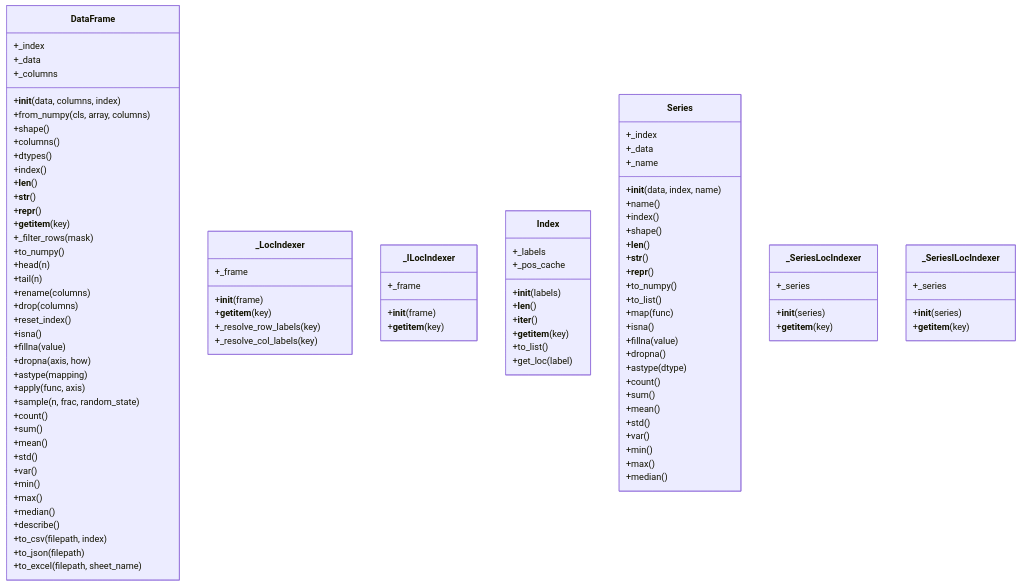
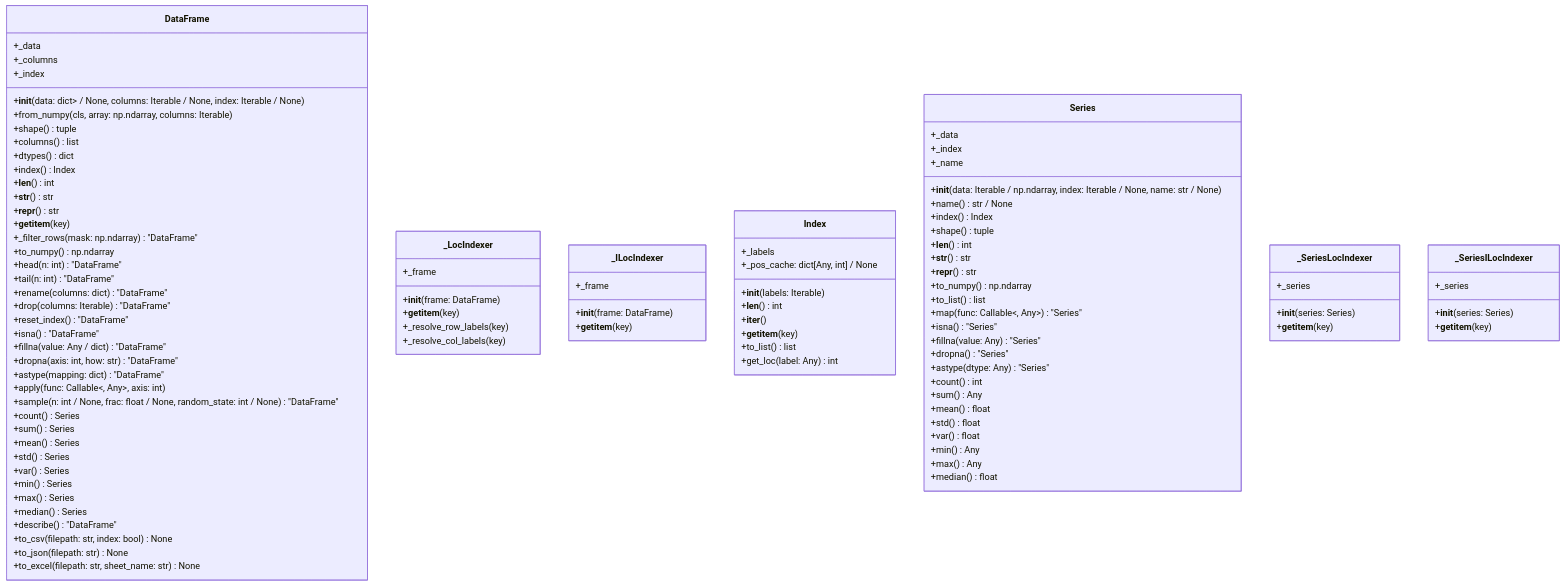
The diagram in packages/glassbox-numpandas/docs/UML_Class_Diagram.md (SmollCoco/GlassBox), drawn with Mermaid before and after one commit. The commit also changed 24 other files, not shown here.

Commit message:
Refining the project's structure and refining README files and UML class diagrams

````diff
--- a/packages/glassbox-numpandas/docs/UML_Class_Diagram.md
+++ b/packages/glassbox-numpandas/docs/UML_Class_Diagram.md
@@ -3,102 +3,102 @@
 ```mermaid
 classDiagram
     class DataFrame {
-        +_index
         +_data
         +_columns
-        +__init__(data, columns, index)
-        +from_numpy(cls, array, columns)
-        +shape()
-        +columns()
-        +dtypes()
-        +index()
-        +__len__()
-        +__str__()
-        +__repr__()
+        +_index
+        +__init__(data: dict<str, Iterable<Any>> / None, columns: Iterable<str> / None, index: Iterable<Any> / None)
+        +from_numpy(cls, array: np.ndarray, columns: Iterable<str>)
+        +shape()  tuple<int, int>
+        +columns()  list<str>
+        +dtypes()  dict<str, np.dtype>
+        +index()  Index
+        +__len__()  int
+        +__str__()  str
+        +__repr__()  str
         +__getitem__(key)
-        +_filter_rows(mask)
-        +to_numpy()
-        +head(n)
-        +tail(n)
-        +rename(columns)
-        +drop(columns)
-        +reset_index()
-        +isna()
-        +fillna(value)
-        +dropna(axis, how)
-        +astype(mapping)
-        +apply(func, axis)
-        +sample(n, frac, random_state)
-        +count()
-        +sum()
-        +mean()
-        +std()
-        +var()
-        +min()
-        +max()
-        +median()
-        +describe()
-        +to_csv(filepath, index)
-        +to_json(filepath)
-        +to_excel(filepath, sheet_name)
+        +_filter_rows(mask: np.ndarray)  "DataFrame"
+        +to_numpy()  np.ndarray
+        +head(n: int)  "DataFrame"
+        +tail(n: int)  "DataFrame"
+        +rename(columns: dict<str, str>)  "DataFrame"
+        +drop(columns: Iterable<str>)  "DataFrame"
+        +reset_index()  "DataFrame"
+        +isna()  "DataFrame"
+        +fillna(value: Any / dict<str, Any>)  "DataFrame"
+        +dropna(axis: int, how: str)  "DataFrame"
+        +astype(mapping: dict<str, Any>)  "DataFrame"
+        +apply(func: Callable<<Any>, Any>, axis: int)
+        +sample(n: int / None, frac: float / None, random_state: int / None)  "DataFrame"
+        +count()  Series
+        +sum()  Series
+        +mean()  Series
+        +std()  Series
+        +var()  Series
+        +min()  Series
+        +max()  Series
+        +median()  Series
+        +describe()  "DataFrame"
+        +to_csv(filepath: str, index: bool)  None
+        +to_json(filepath: str)  None
+        +to_excel(filepath: str, sheet_name: str)  None
     }
     class _LocIndexer {
         +_frame
-        +__init__(frame)
+        +__init__(frame: DataFrame)
         +__getitem__(key)
         +_resolve_row_labels(key)
         +_resolve_col_labels(key)
     }
     class _ILocIndexer {
         +_frame
-        +__init__(frame)
+        +__init__(frame: DataFrame)
         +__getitem__(key)
     }
     class Index {
         +_labels
-        +_pos_cache
-        +__init__(labels)
-        +__len__()
+        +_pos_cache: dict[Any, int] / None
+        +__init__(labels: Iterable<Any>)
+        +__len__()  int
         +__iter__()
         +__getitem__(key)
-        +to_list()
-        +get_loc(label)
+        +to_list()  list<Any>
+        +get_loc(label: Any)  int
     }
     class Series {
+        +_data
         +_index
-        +_data
         +_name
-        +__init__(data, index, name)
-        +name()
-        +index()
-        +shape()
-        +__len__()
-        +__str__()
-        +__repr__()
-        +to_numpy()
-        +to_list()
-        +map(func)
-        +isna()
-        +fillna(value)
-        +dropna()
-        +astype(dtype)
-        +count()
-        +sum()
-        +mean()
-        +std()
-        +var()
-        +min()
-        +max()
-        +median()
+        +__init__(data: Iterable<Any> / np.ndarray, index: Iterable<Any> / None, name: str / None)
+        +name()  str / None
+        +index()  Index
+        +shape()  tuple<int, int>
+        +__len__()  int
+        +__str__()  str
+        +__repr__()  str
+        +to_numpy()  np.ndarray
+        +to_list()  list<Any>
+        +map(func: Callable<<Any>, Any>)  "Series"
+        +isna()  "Series"
+        +fillna(value: Any)  "Series"
+        +dropna()  "Series"
+        +astype(dtype: Any)  "Series"
+        +count()  int
+        +sum()  Any
+        +mean()  float
+        +std()  float
+        +var()  float
+        +min()  Any
+        +max()  Any
+        +median()  float
     }
     class _SeriesLocIndexer {
         +_series
-        +__init__(series)
+        +__init__(series: Series)
         +__getitem__(key)
     }
     class _SeriesILocIndexer {
         +_series
-        +__init__(series)
+        +__init__(series: Series)
         +__getitem__(key)
     }
 ```
````
